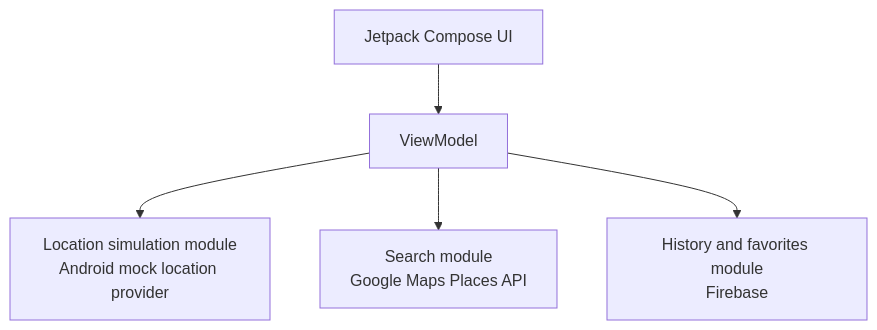
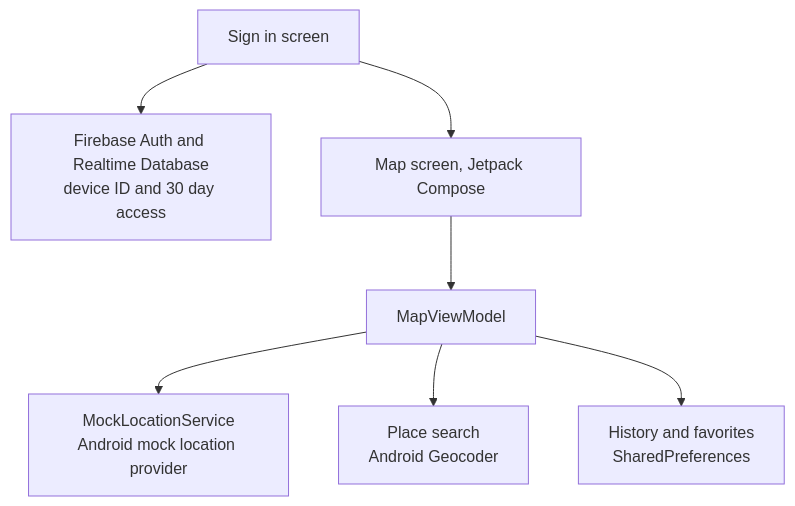
One commit to harishameedqazi/mockify changed the diagram in README.md. Above: the diagram before and after it, drawn with Mermaid. The commit also changed other lines of this file and 57 other files, not shown here.

````diff
--- a/README.md
+++ b/README.md
@@ -25,7 +38,9 @@
 ```mermaid
 flowchart TB
-    V[Jetpack Compose UI] --> VM[ViewModel]
-    VM --> L[Location simulation module<br/>Android mock location provider]
-    VM --> S[Search module<br/>Google Maps Places API]
-    VM --> H[History and favorites module<br/>Firebase]
+    A[Sign in screen] --> F[Firebase Auth and Realtime Database<br/>device ID and 30 day access]
+    A --> V[Map screen, Jetpack Compose]
+    V --> VM[MapViewModel]
+    VM --> L[MockLocationService<br/>Android mock location provider]
+    VM --> S[Place search<br/>Android Geocoder]
+    VM --> H[History and favorites<br/>SharedPreferences]
 ```
````
